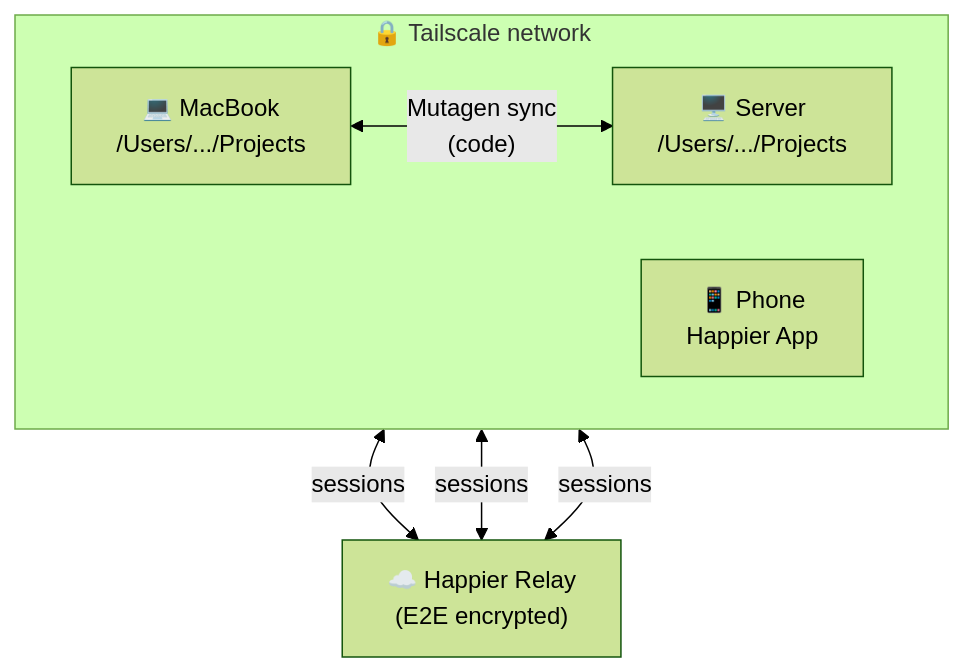
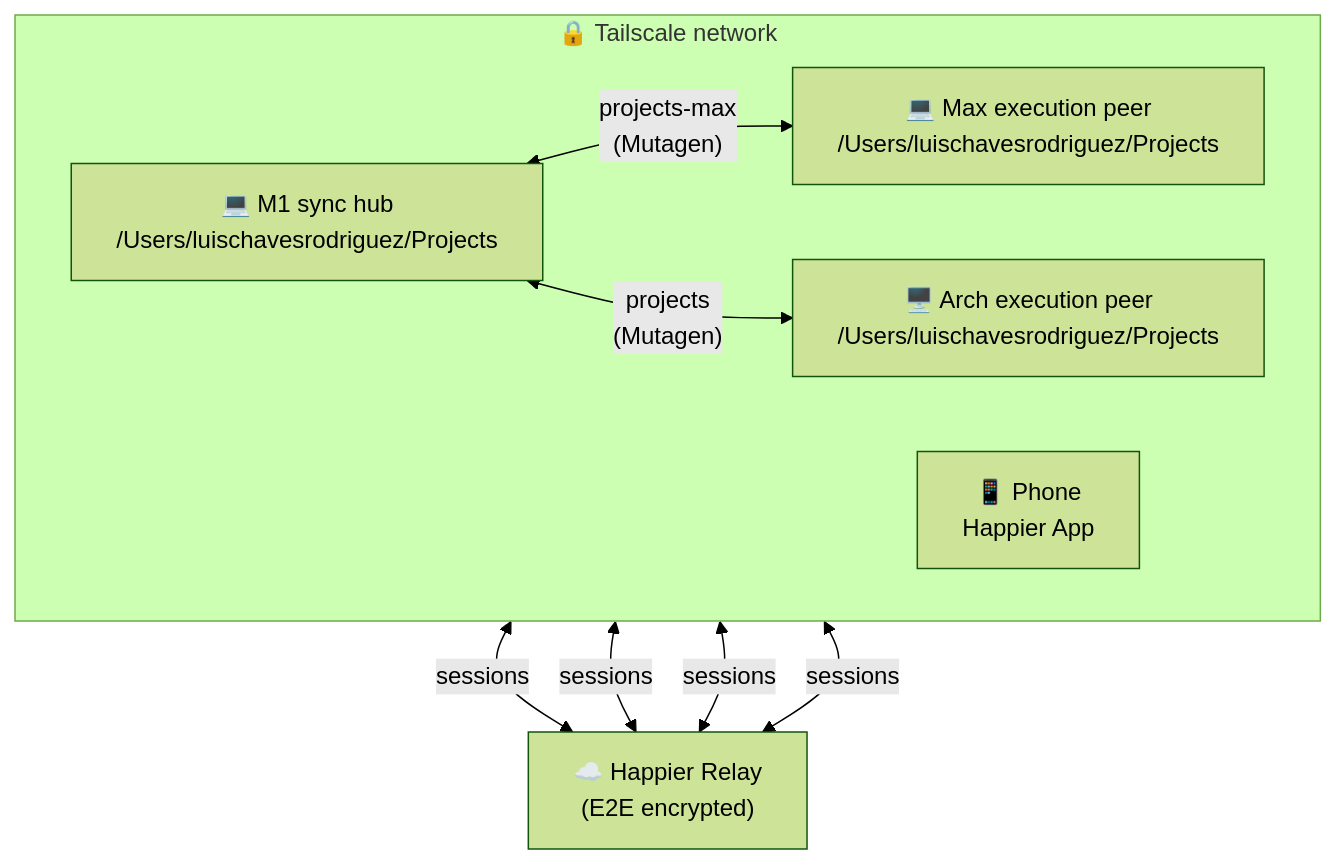
The first of 2 diagrams in README.md (lucharo/always-on-claude), drawn with Mermaid (forest theme) before and after one commit. The commit also changed other lines of this file and 3 other files, not shown here.

Commit message:
docs: document M1 multi-peer sync hub

````diff
--- a/README.md
+++ b/README.md
@@ -30,18 +31,21 @@
 ```mermaid
 flowchart TB
     subgraph Tailscale["🔒 Tailscale network"]
         direction LR
 
-        MacBook["💻 MacBook<br/>/Users/.../Projects"]
-        Server["🖥️ Server<br/>/Users/.../Projects"]
+        M1["💻 M1 sync hub<br/>/Users/luischavesrodriguez/Projects"]
+        Max["💻 Max execution peer<br/>/Users/luischavesrodriguez/Projects"]
+        Server["🖥️ Arch execution peer<br/>/Users/luischavesrodriguez/Projects"]
         Phone["📱 Phone<br/>Happier App"]
 
-        MacBook <-->|"Mutagen sync<br/>(code)"| Server
+        M1 <-->|"projects-max<br/>(Mutagen)"| Max
+        M1 <-->|"projects<br/>(Mutagen)"| Server
     end
 
     Relay["☁️ Happier Relay<br/>(E2E encrypted)"]
 
-    MacBook <-->|"sessions"| Relay
+    M1 <-->|"sessions"| Relay
+    Max <-->|"sessions"| Relay
     Server <-->|"sessions"| Relay
     Phone <-->|"sessions"| Relay
 ```
````
